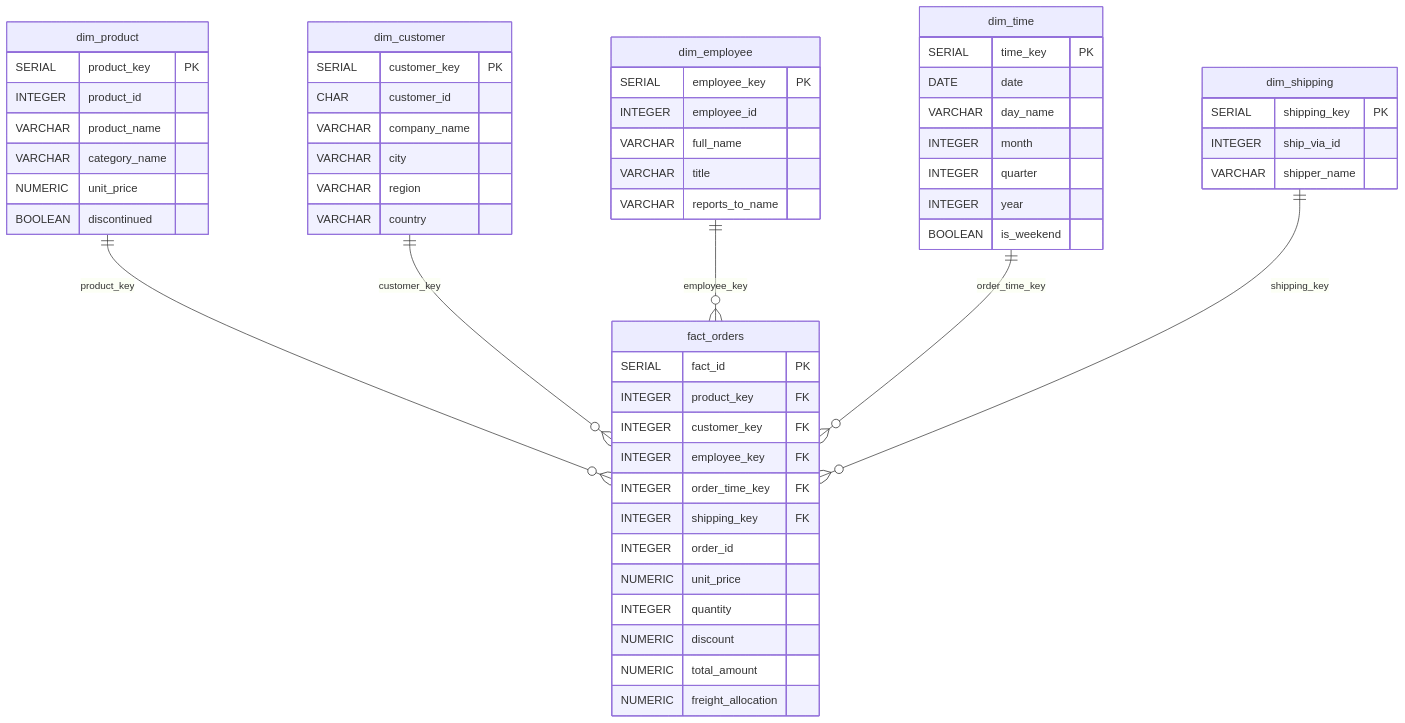
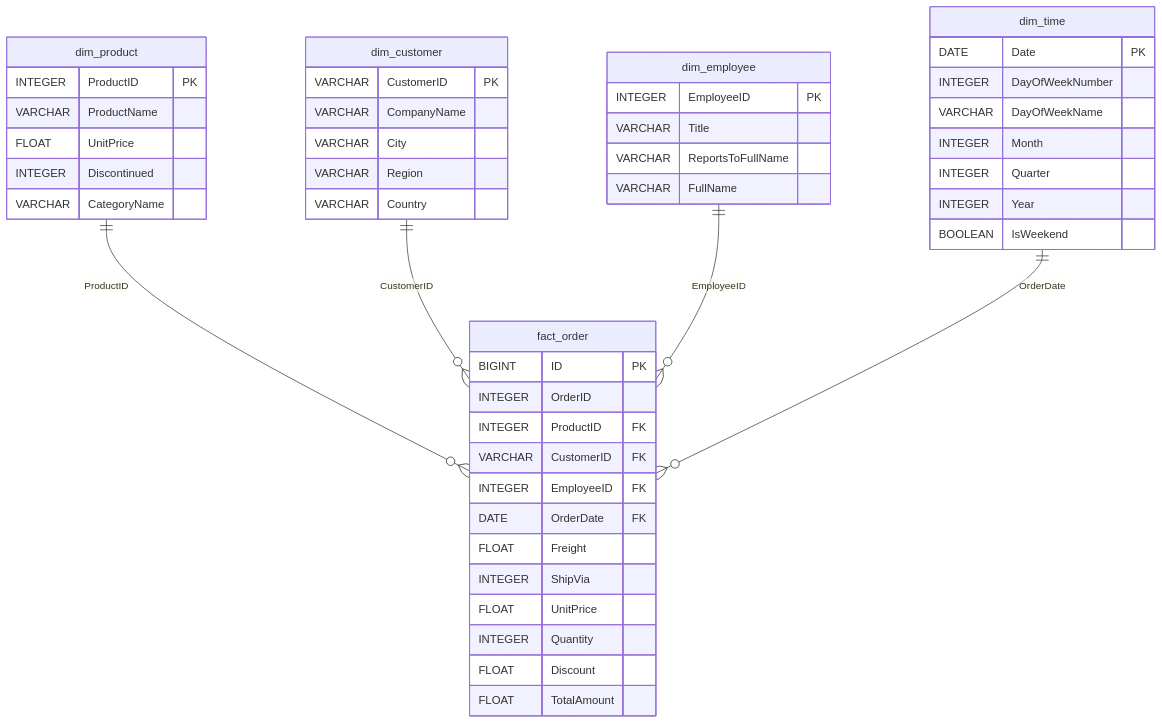
Before and after one commit to boostvolt/intelligent-information-systems-2: the diagram in docs/star_schema.mmd, drawn with Mermaid. The commit also changed 1 other file, not shown here.

Commit message:
update mermaid diagram and start schema with new workflow

```diff
--- a/docs/star_schema.mmd
+++ b/docs/star_schema.mmd
@@ -1,57 +1,48 @@
 erDiagram
     dim_product {
-        SERIAL product_key PK
-        INTEGER product_id
-        VARCHAR product_name
-        VARCHAR category_name
-        NUMERIC unit_price
-        BOOLEAN discontinued
+        INTEGER ProductID PK
+        VARCHAR ProductName
+        FLOAT UnitPrice
+        INTEGER Discontinued
+        VARCHAR CategoryName
     }
     dim_customer {
-        SERIAL customer_key PK
-        CHAR customer_id
-        VARCHAR company_name
-        VARCHAR city
-        VARCHAR region
-        VARCHAR country
+        VARCHAR CustomerID PK
+        VARCHAR CompanyName
+        VARCHAR City
+        VARCHAR Region
+        VARCHAR Country
     }
     dim_employee {
-        SERIAL employee_key PK
-        INTEGER employee_id
-        VARCHAR full_name
-        VARCHAR title
-        VARCHAR reports_to_name
+        INTEGER EmployeeID PK
+        VARCHAR Title
+        VARCHAR ReportsToFullName
+        VARCHAR FullName
     }
     dim_time {
-        SERIAL time_key PK
-        DATE date
-        VARCHAR day_name
-        INTEGER month
-        INTEGER quarter
-        INTEGER year
-        BOOLEAN is_weekend
+        DATE Date PK
+        INTEGER DayOfWeekNumber
+        VARCHAR DayOfWeekName
+        INTEGER Month
+        INTEGER Quarter
+        INTEGER Year
+        BOOLEAN IsWeekend
     }
-    dim_shipping {
-        SERIAL shipping_key PK
-        INTEGER ship_via_id
-        VARCHAR shipper_name
+    fact_order {
+        BIGINT ID PK
+        INTEGER OrderID
+        INTEGER ProductID FK
+        VARCHAR CustomerID FK
+        INTEGER EmployeeID FK
+        DATE OrderDate FK
+        FLOAT Freight
+        INTEGER ShipVia
+        FLOAT UnitPrice
+        INTEGER Quantity
+        FLOAT Discount
+        FLOAT TotalAmount
     }
-    fact_orders {
-        SERIAL fact_id PK
-        INTEGER product_key FK
-        INTEGER customer_key FK
-        INTEGER employee_key FK
-        INTEGER order_time_key FK
-        INTEGER shipping_key FK
-        INTEGER order_id
-        NUMERIC unit_price
-        INTEGER quantity
-        NUMERIC discount
-        NUMERIC total_amount
-        NUMERIC freight_allocation
-    }
-    dim_product ||--o{ fact_orders : "product_key"
-    dim_customer ||--o{ fact_orders : "customer_key"
-    dim_employee ||--o{ fact_orders : "employee_key"
-    dim_time ||--o{ fact_orders : "order_time_key"
-    dim_shipping ||--o{ fact_orders : "shipping_key"
+    dim_product ||--o{ fact_order : "ProductID"
+    dim_customer ||--o{ fact_order : "CustomerID"
+    dim_employee ||--o{ fact_order : "EmployeeID"
+    dim_time ||--o{ fact_order : "OrderDate"
```
